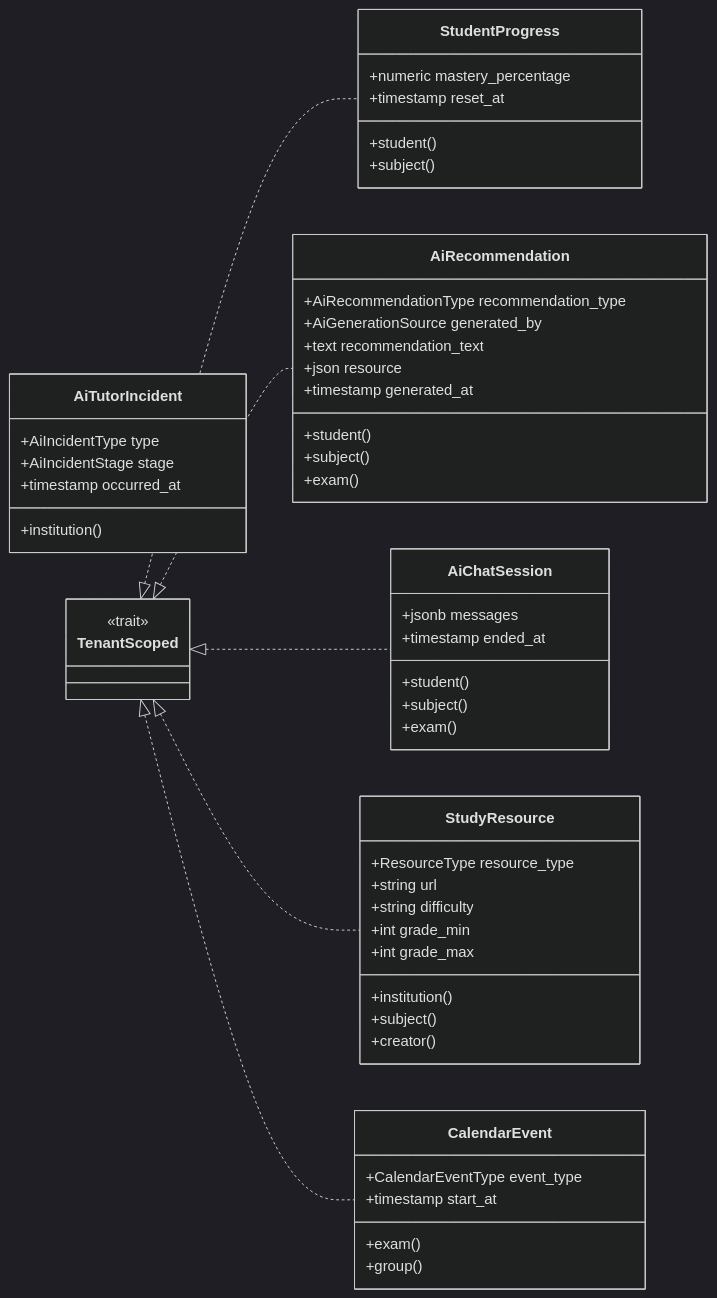
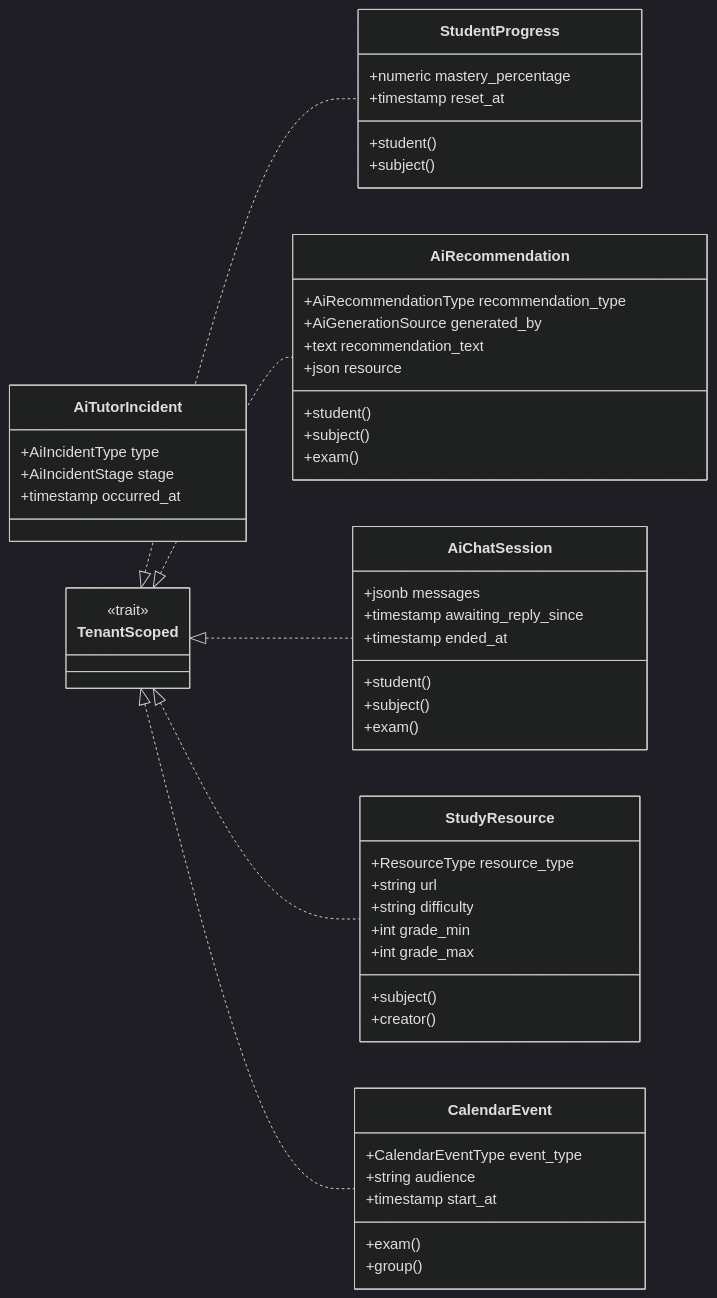
One commit to Infil505/NeoEduCore-Back changed the eighth of 19 diagrams in docs/DIAGRAMAS.md. Above: the diagram before and after it, drawn with Mermaid (dark theme). The commit also changed other lines of this file and 25 other files, not shown here.

````diff
--- a/docs/DIAGRAMAS.md
+++ b/docs/DIAGRAMAS.md
@@ -659,59 +704,58 @@
 ```mermaid
 classDiagram
     direction LR
 
     class StudentProgress {
         +numeric mastery_percentage
         +timestamp reset_at
         +student()
         +subject()
     }
     class AiRecommendation {
         +AiRecommendationType recommendation_type
         +AiGenerationSource generated_by
         +text recommendation_text
         +json resource
-        +timestamp generated_at
         +student()
         +subject()
         +exam()
     }
     class AiChatSession {
         +jsonb messages
+        +timestamp awaiting_reply_since
         +timestamp ended_at
         +student()
         +subject()
         +exam()
     }
     class AiTutorIncident {
         +AiIncidentType type
         +AiIncidentStage stage
         +timestamp occurred_at
-        +institution()
     }
     class StudyResource {
         +ResourceType resource_type
         +string url
         +string difficulty
         +int grade_min
         +int grade_max
-        +institution()
         +subject()
         +creator()
     }
     class CalendarEvent {
         +CalendarEventType event_type
+        +string audience
         +timestamp start_at
         +exam()
         +group()
     }
     class TenantScoped {
         <<trait>>
     }
 
     TenantScoped <|.. StudentProgress
     TenantScoped <|.. AiRecommendation
     TenantScoped <|.. AiChatSession
     TenantScoped <|.. StudyResource
     TenantScoped <|.. CalendarEvent
 ```
````
